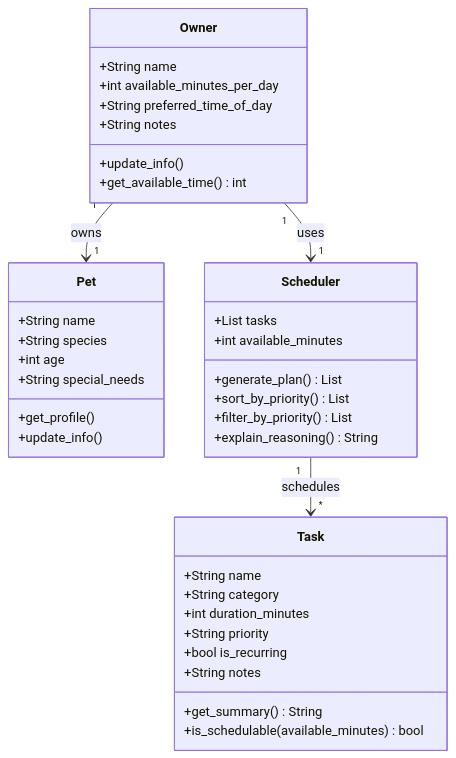
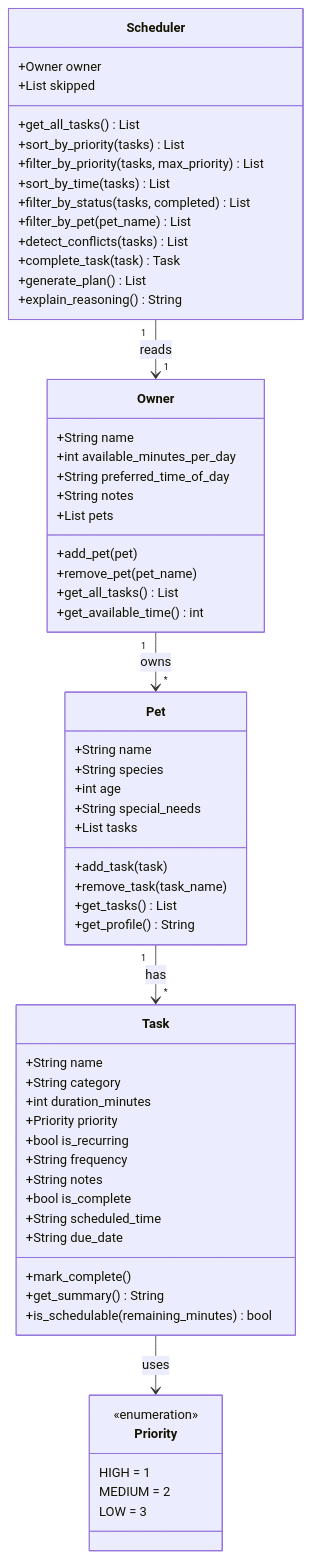
Before and after one commit to bukkybune/ai110-module2show-pawpal-starter: the diagram in reflection.md, drawn with Mermaid. The commit also changed other lines of this file and 5 other files, not shown here.

First line of the commit message:
Complete project: reflection, updated UML, README features, and app UI improvements

````diff
--- a/reflection.md
+++ b/reflection.md
@@ -17,44 +17,69 @@
 ```mermaid
 classDiagram
+    class Priority {
+        <<enumeration>>
+        HIGH = 1
+        MEDIUM = 2
+        LOW = 3
+    }
+
     class Owner {
         +String name
         +int available_minutes_per_day
         +String preferred_time_of_day
         +String notes
-        +update_info()
+        +List pets
+        +add_pet(pet)
+        +remove_pet(pet_name)
+        +get_all_tasks() List
         +get_available_time() int
     }
 
     class Pet {
         +String name
         +String species
         +int age
         +String special_needs
-        +get_profile()
-        +update_info()
+        +List tasks
+        +add_task(task)
+        +remove_task(task_name)
+        +get_tasks() List
+        +get_profile() String
     }
 
     class Task {
         +String name
         +String category
         +int duration_minutes
-        +String priority
+        +Priority priority
         +bool is_recurring
+        +String frequency
         +String notes
+        +bool is_complete
+        +String scheduled_time
+        +String due_date
+        +mark_complete()
         +get_summary() String
-        +is_schedulable(available_minutes) bool
+        +is_schedulable(remaining_minutes) bool
     }
 
     class Scheduler {
-        +List tasks
-        +int available_minutes
+        +Owner owner
+        +List skipped
+        +get_all_tasks() List
+        +sort_by_priority(tasks) List
+        +filter_by_priority(tasks, max_priority) List
+        +sort_by_time(tasks) List
+        +filter_by_status(tasks, completed) List
+        +filter_by_pet(pet_name) List
+        +detect_conflicts(tasks) List
+        +complete_task(task) Task
         +generate_plan() List
-        +sort_by_priority() List
-        +filter_by_priority() List
         +explain_reasoning() String
     }
 
-    Owner "1" --> "1" Pet : owns
-    Owner "1" --> "1" Scheduler : uses
-    Scheduler "1" --> "*" Task : schedules
+    Owner "1" --> "*" Pet : owns
+    Pet "1" --> "*" Task : has
+    Scheduler "1" --> "1" Owner : reads
+    Task --> Priority : uses
 ```
````
